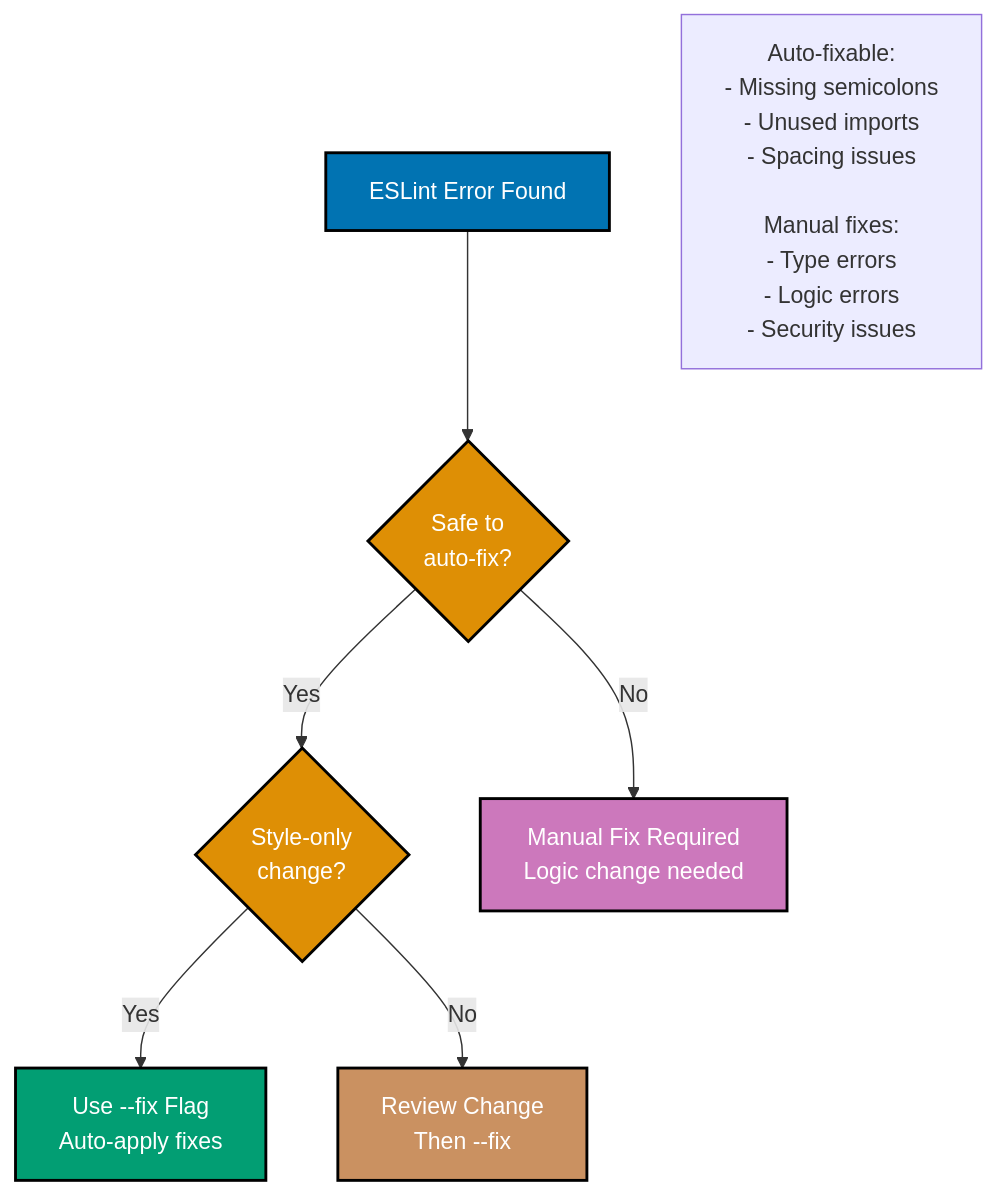
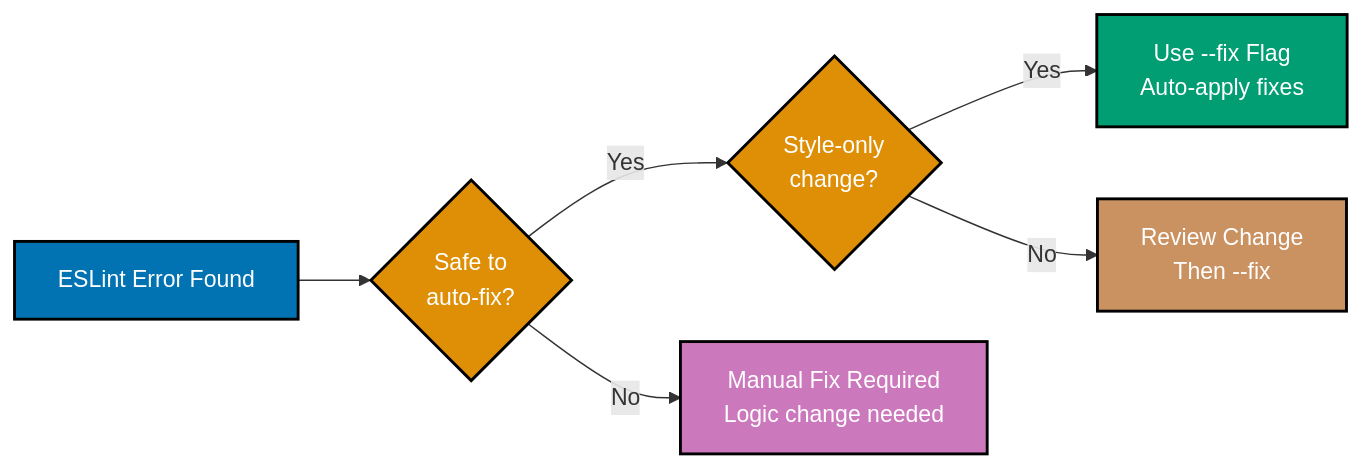
Before and after one commit to wahidyankf/ose-primer: the third of 5 diagrams in docs/explanation/software-engineering/programming-languages/typescript/linting-and-formatting.md, drawn with Mermaid. The commit also changed other lines of this file and 16 other files, not shown here.

Commit message:
fix(docs): fix mermaid violations in typescript/ docs (batch 1/10)

````diff
--- a/docs/explanation/software-engineering/programming-languages/typescript/linting-and-formatting.md
+++ b/docs/explanation/software-engineering/programming-languages/typescript/linting-and-formatting.md
@@ -199,24 +199,22 @@
 ```mermaid
 %% Color Palette: Blue #0173B2, Orange #DE8F05, Teal #029E73, Purple #CC78BC, Brown #CA9161
-graph TD
+graph LR
     Start["ESLint Error Found"]:::blue
     SafeRule{"Safe to<br/>auto-fix?"}:::orange
     StyleOnly{"Style-only<br/>change?"}:::orange
     UseAutoFix["Use --fix Flag<br/>Auto-apply fixes"]:::teal
     ReviewChange["Review Change<br/>Then --fix"]:::brown
     ManualFix["Manual Fix Required<br/>Logic change needed"]:::purple
 
     Start --> SafeRule
     SafeRule -->|Yes| StyleOnly
     SafeRule -->|No| ManualFix
     StyleOnly -->|Yes| UseAutoFix
     StyleOnly -->|No| ReviewChange
 
-    Examples["Auto-fixable:<br/>- Missing semicolons<br/>- Unused imports<br/>- Spacing issues<br/><br/>Manual fixes:<br/>- Type errors<br/>- Logic errors<br/>- Security issues"]
-
     classDef blue fill:#0173B2,stroke:#000000,color:#FFFFFF,stroke-width:2px
     classDef orange fill:#DE8F05,stroke:#000000,color:#FFFFFF,stroke-width:2px
     classDef teal fill:#029E73,stroke:#000000,color:#FFFFFF,stroke-width:2px
     classDef purple fill:#CC78BC,stroke:#000000,color:#FFFFFF,stroke-width:2px
     classDef brown fill:#CA9161,stroke:#000000,color:#FFFFFF,stroke-width:2px
 ```
````
